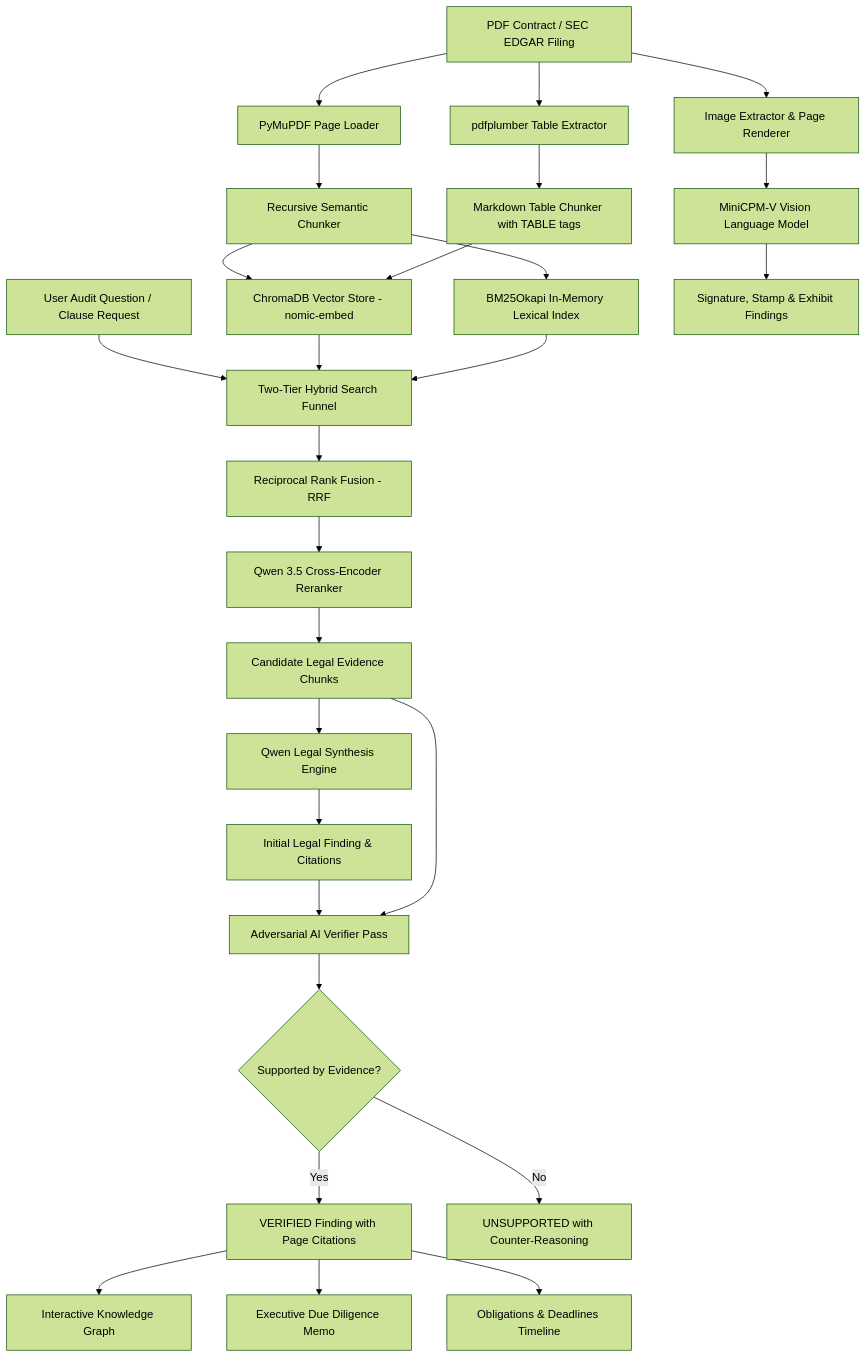
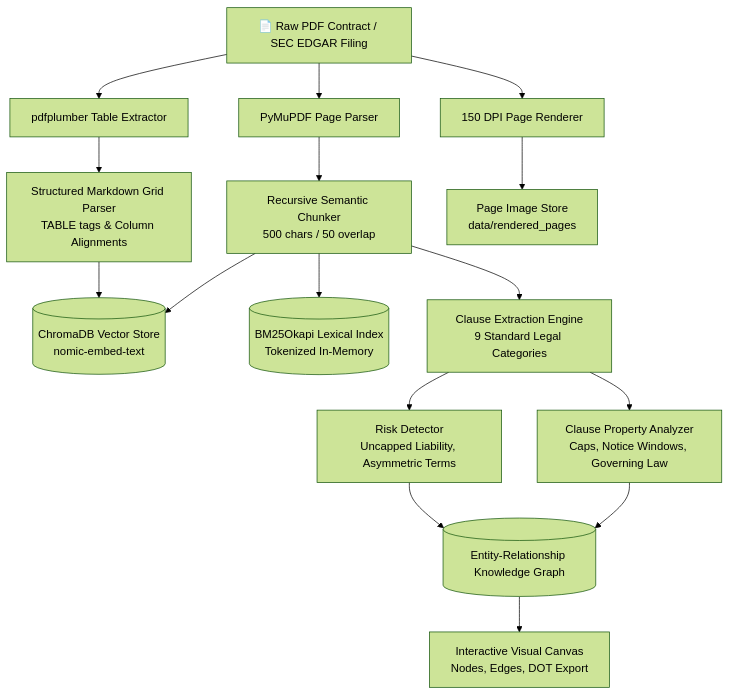
One commit to THEsoham/enterprise-auditor changed the first of 3 diagrams in README.md. Above: the diagram before and after it, drawn with Mermaid (forest theme). The commit also changed other lines of this file, not shown here.

Commit message:
docs: update README with Graph RAG architecture, end-to-end pipelines, tech stack, and flowcharts

````diff
--- a/README.md
+++ b/README.md
@@ -156,38 +81,22 @@
 ```mermaid
-graph TD
-    A[PDF Contract / SEC EDGAR Filing] --> B[PyMuPDF Page Loader]
+flowchart TD
+    A[📄 Raw PDF Contract / SEC EDGAR Filing] --> B[PyMuPDF Page Parser]
     A --> C[pdfplumber Table Extractor]
-    A --> D[Image Extractor & Page Renderer]
-    
-    B --> E[Recursive Semantic Chunker]
-    C --> F[Markdown Table Chunker with TABLE tags]
-    
-    E --> G[ChromaDB Vector Store - nomic-embed]
-    F --> G
-    E --> H[BM25Okapi In-Memory Lexical Index]
-    
-    I[User Audit Question / Clause Request] --> J[Two-Tier Hybrid Search Funnel]
-    G --> J
-    H --> J
-    
-    J --> K[Reciprocal Rank Fusion - RRF]
-    K --> L[Qwen 3.5 Cross-Encoder Reranker]
-    L --> M[Candidate Legal Evidence Chunks]
-    
-    M --> N[Qwen Legal Synthesis Engine]
-    N --> O[Initial Legal Finding & Citations]
-    
-    O --> P[Adversarial AI Verifier Pass]
-    M --> P
-    
-    P --> Q{Supported by Evidence?}
-    Q -- Yes --> R[VERIFIED Finding with Page Citations]
-    Q -- No --> S[UNSUPPORTED with Counter-Reasoning]
-    
-    D --> T[MiniCPM-V Vision Language Model]
-    T --> U[Signature, Stamp & Exhibit Findings]
-    
-    R --> V[Interactive Knowledge Graph]
-    R --> W[Executive Due Diligence Memo]
-    R --> X[Obligations & Deadlines Timeline]
+    A --> D[150 DPI Page Renderer]
+
+    B --> E[Recursive Semantic Chunker<br/>500 chars / 50 overlap]
+    C --> F[Structured Markdown Grid Parser<br/>TABLE tags & Column Alignments]
+    D --> G[Page Image Store<br/>data/rendered_pages]
+
+    E --> H[(ChromaDB Vector Store<br/>nomic-embed-text)]
+    F --> H
+    E --> I[(BM25Okapi Lexical Index<br/>Tokenized In-Memory)]
+
+    E --> J[Clause Extraction Engine<br/>9 Standard Legal Categories]
+    J --> K[Clause Property Analyzer<br/>Caps, Notice Windows, Governing Law]
+    J --> L[Risk Detector<br/>Uncapped Liability, Asymmetric Terms]
+
+    K --> M[(Entity-Relationship Knowledge Graph)]
+    L --> M
+    M --> N[Interactive Visual Canvas<br/>Nodes, Edges, DOT Export]
 ```
````
